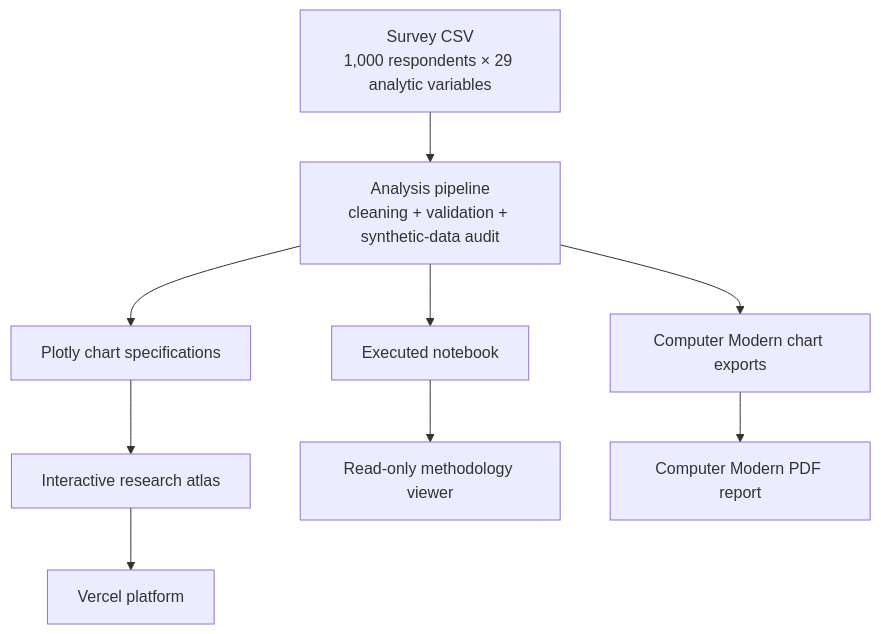
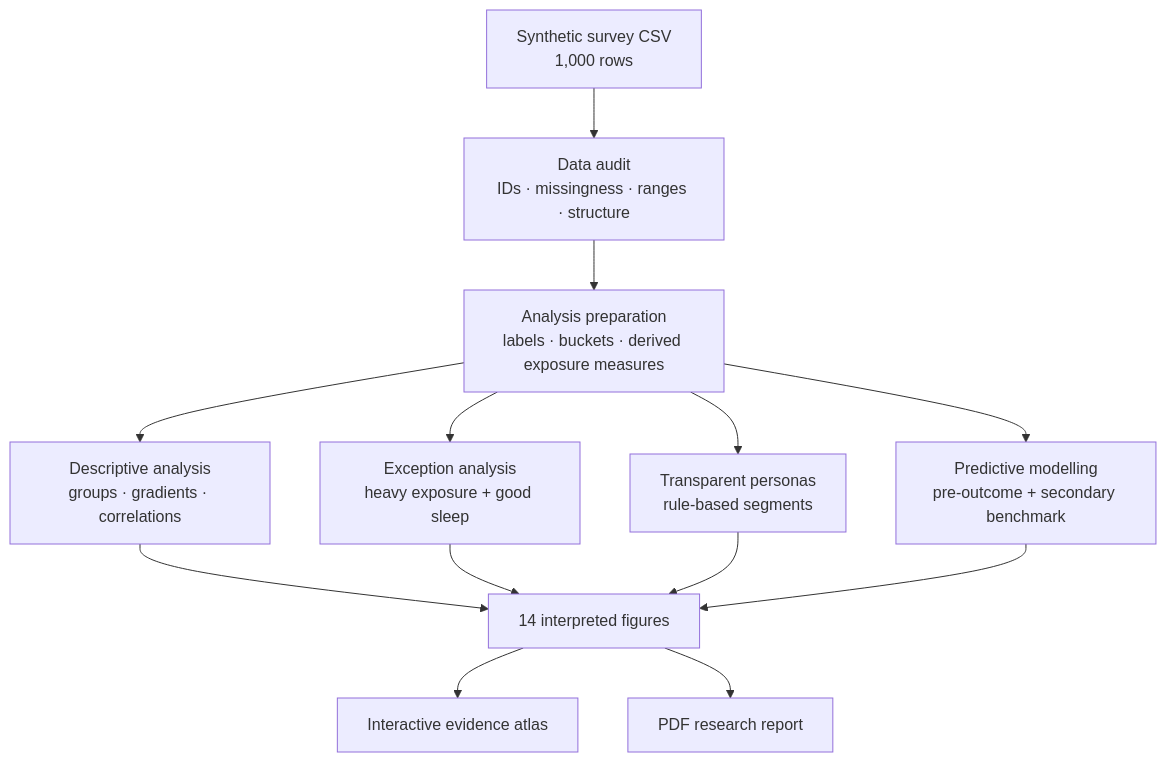
Before and after one commit to SaiGrover/night-signals-doomscrolling-analysis: the second of 3 diagrams in README.md, drawn with Mermaid. The commit also changed other lines of this file, not shown here.

````diff
--- a/README.md
+++ b/README.md
@@ -72,11 +102,15 @@
 ```mermaid
 flowchart TD
-    DATA["Survey CSV\n1,000 respondents × 29 analytic variables"] --> PIPE["Analysis pipeline\ncleaning + validation + synthetic-data audit"]
-    PIPE --> NB["Executed notebook"]
-    PIPE --> JSON["Plotly chart specifications"]
-    PIPE --> PNG["Computer Modern chart exports"]
-    JSON --> WEB["Interactive research atlas"]
-    NB --> METHOD["Read-only methodology viewer"]
-    PNG --> PDF["Computer Modern PDF report"]
-    WEB --> VERCEL["Vercel platform"]
+    CSV["Synthetic survey CSV<br/>1,000 rows"] --> AUDIT["Data audit<br/>IDs · missingness · ranges · structure"]
+    AUDIT --> PREP["Analysis preparation<br/>labels · buckets · derived exposure measures"]
+    PREP --> EDA["Descriptive analysis<br/>groups · gradients · correlations"]
+    PREP --> EXC["Exception analysis<br/>heavy exposure + good sleep"]
+    PREP --> PERSONA["Transparent personas<br/>rule-based segments"]
+    PREP --> MODEL["Predictive modelling<br/>pre-outcome + secondary benchmark"]
+    EDA --> FIG["14 interpreted figures"]
+    EXC --> FIG
+    PERSONA --> FIG
+    MODEL --> FIG
+    FIG --> ATLAS["Interactive evidence atlas"]
+    FIG --> REPORT["PDF research report"]
 ```
````
